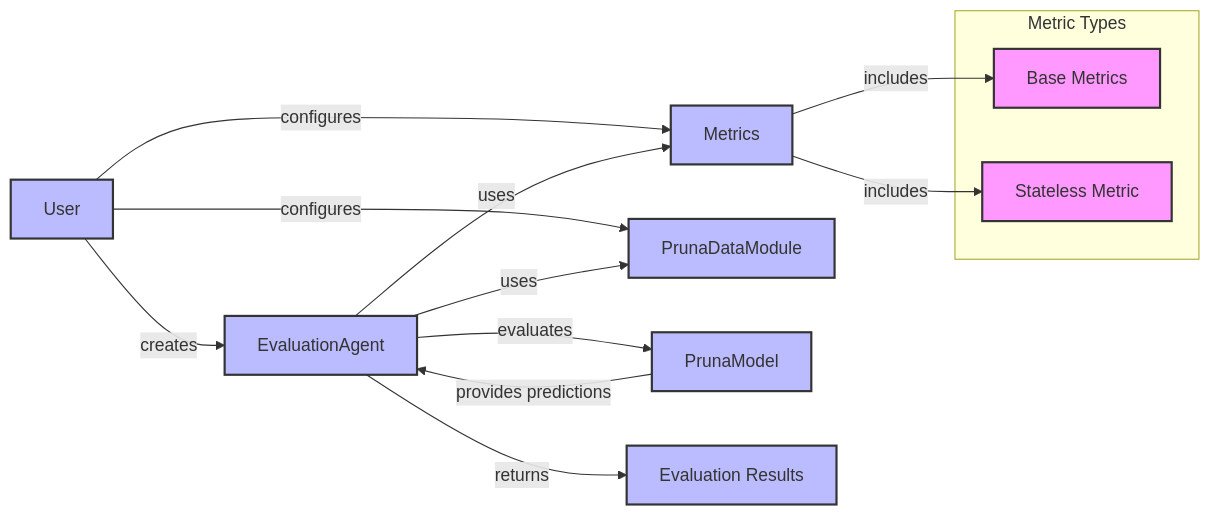
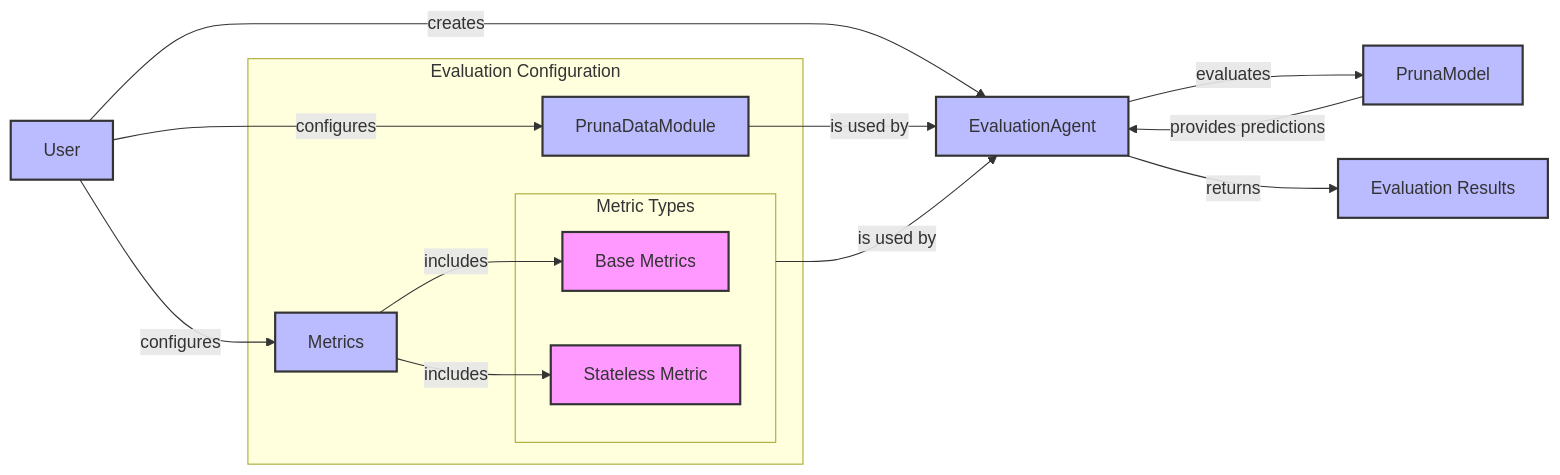
Before and after one commit to PrunaAI/pruna: the diagram in docs/user_manual/evaluate.rst, drawn with Mermaid.

```diff
--- a/docs/user_manual/evaluate.rst
+++ b/docs/user_manual/evaluate.rst
@@ -16,28 +16,36 @@
 .. mermaid::
    :align: center
 
    graph LR
     User -->|creates| EvaluationAgent
     User -->|configures| Metrics
     User -->|configures| PrunaDataModule
     Metrics -->|includes| B["Base Metrics"]
     Metrics -->|includes| C["Stateless Metric"]
     PrunaModel -->|provides predictions| EvaluationAgent
     EvaluationAgent -->|evaluates| PrunaModel
     EvaluationAgent -->|returns| D["Evaluation Results"]
-    EvaluationAgent -->|uses| Metrics
-    EvaluationAgent -->|uses| PrunaDataModule
+
+    subgraph E["Evaluation Configuration"]
+        PrunaDataModule
+        Metrics
+        A
+    end
+
 
     subgraph A["Metric Types"]
         B
         C
     end
+
+    PrunaDataModule -->|is used by| EvaluationAgent
+    A -->|is used by| EvaluationAgent
 
     style User fill:#bbf,stroke:#333,stroke-width:2px
     style EvaluationAgent fill:#bbf,stroke:#333,stroke-width:2px
     style PrunaDataModule fill:#bbf,stroke:#333,stroke-width:2px
     style PrunaModel fill:#bbf,stroke:#333,stroke-width:2px
     style D fill:#bbf,stroke:#333,stroke-width:2px
     style Metrics fill:#bbf,stroke:#333,stroke-width:2px
     style B fill:#f9f,stroke:#333,stroke-width:2px
     style C fill:#f9f,stroke:#333,stroke-width:2px
```
